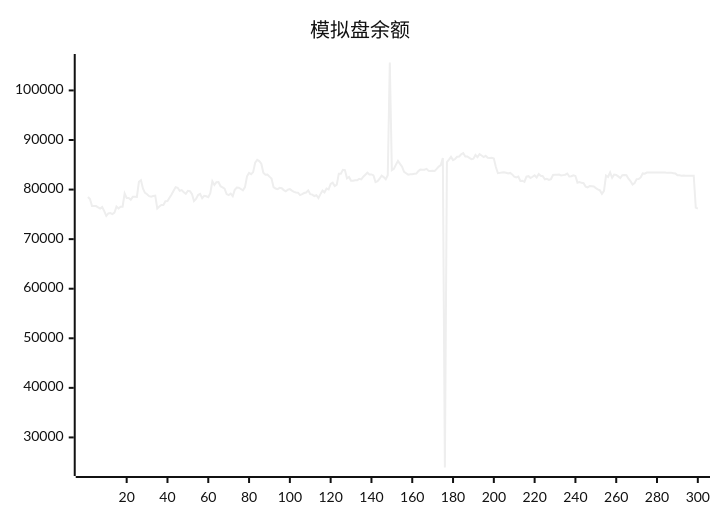
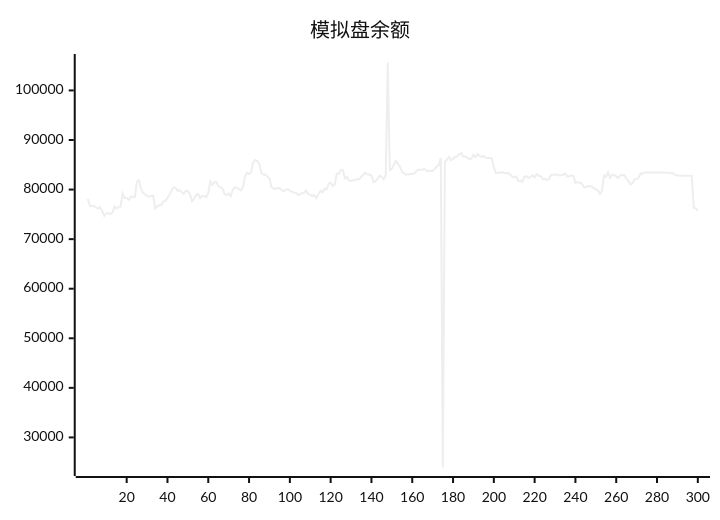
The diagram in README.md (aahl/ai-trading), drawn with Mermaid (neutral theme) before and after one commit. The commit also changed other lines of this file and 1 other file, not shown here.

````diff
--- a/README.md
+++ b/README.md
@@ -5,5 +5,5 @@
 ```mermaid
 xychart
     title "模拟盘余额"
-    line [78510,78106,76678,76677,76672,76411,76159,76485,75656,74695,75197,75246,75052,75334,76564,76179,76553,76551,79196,78300,78300,77944,78531,78531,78521,81564,81884,80160,79335,79055,78675,78580,78708,78764,76179,76586,76902,76876,77658,77669,78346,79023,79769,80497,80366,79761,79896,79448,79126,79749,79658,79097,77695,78114,78888,79126,78249,78738,78653,78478,79271,81680,80923,81488,81527,80681,80455,80190,79084,78879,79193,78686,79954,80403,80374,80118,79848,80491,82665,83351,83098,83525,85430,85983,85737,85221,83378,83014,83043,82613,82216,80477,80208,80081,80348,80277,79894,79670,79965,80093,79786,79542,79406,79371,78893,79087,79304,79406,79841,79072,78978,78696,78846,78272,79085,79787,79442,80198,80031,81120,81379,80718,80985,83214,83212,83993,83921,82270,82547,81776,81776,81866,81866,82158,82061,82596,83000,83408,83041,83050,82858,81503,81691,82188,82812,82517,82092,82901,105633,83898,84180,85030,85781,85178,84604,83569,83298,83008,83093,83107,83175,83228,83729,84025,84017,84019,84177,83775,83762,83785,83738,84160,84639,84939,86370,23934,85548,86046,86599,85942,86161,86622,86664,87115,87369,86666,86685,86384,86152,86243,86969,86548,87164,86885,86566,86809,86427,86348,86417,86273,84538,83299,83369,83430,83490,83404,83270,83362,83056,82605,82459,82614,81734,81788,81551,82598,82702,82320,82580,82878,82426,83139,82778,82686,82056,82166,81963,82110,82951,82983,82984,83038,82838,82915,82998,83235,82642,82682,82858,82746,81396,81512,81362,81277,80600,80461,80699,80673,80616,80288,80038,79836,79142,79722,82837,82533,83480,82366,83032,82960,82654,82330,82883,82934,82901,82188,81728,81005,81298,82110,82135,82449,83264,83203,83440,83439,83440,83440,83446,83447,83448,83447,83448,83449,83369,83369,83369,83313,83256,82872,82873,82801,82844,82785,82791,82791,82793,82794,76339,76145]
+    line [78106,76678,76677,76672,76411,76159,76485,75656,74695,75197,75246,75052,75334,76564,76179,76553,76551,79196,78300,78300,77944,78531,78531,78521,81564,81884,80160,79335,79055,78675,78580,78708,78764,76179,76586,76902,76876,77658,77669,78346,79023,79769,80497,80366,79761,79896,79448,79126,79749,79658,79097,77695,78114,78888,79126,78249,78738,78653,78478,79271,81680,80923,81488,81527,80681,80455,80190,79084,78879,79193,78686,79954,80403,80374,80118,79848,80491,82665,83351,83098,83525,85430,85983,85737,85221,83378,83014,83043,82613,82216,80477,80208,80081,80348,80277,79894,79670,79965,80093,79786,79542,79406,79371,78893,79087,79304,79406,79841,79072,78978,78696,78846,78272,79085,79787,79442,80198,80031,81120,81379,80718,80985,83214,83212,83993,83921,82270,82547,81776,81776,81866,81866,82158,82061,82596,83000,83408,83041,83050,82858,81503,81691,82188,82812,82517,82092,82901,105633,83898,84180,85030,85781,85178,84604,83569,83298,83008,83093,83107,83175,83228,83729,84025,84017,84019,84177,83775,83762,83785,83738,84160,84639,84939,86370,23934,85548,86046,86599,85942,86161,86622,86664,87115,87369,86666,86685,86384,86152,86243,86969,86548,87164,86885,86566,86809,86427,86348,86417,86273,84538,83299,83369,83430,83490,83404,83270,83362,83056,82605,82459,82614,81734,81788,81551,82598,82702,82320,82580,82878,82426,83139,82778,82686,82056,82166,81963,82110,82951,82983,82984,83038,82838,82915,82998,83235,82642,82682,82858,82746,81396,81512,81362,81277,80600,80461,80699,80673,80616,80288,80038,79836,79142,79722,82837,82533,83480,82366,83032,82960,82654,82330,82883,82934,82901,82188,81728,81005,81298,82110,82135,82449,83264,83203,83440,83439,83440,83440,83446,83447,83448,83447,83448,83449,83369,83369,83369,83313,83256,82872,82873,82801,82844,82785,82791,82791,82793,82794,76339,76145,75714]
 ```
````
